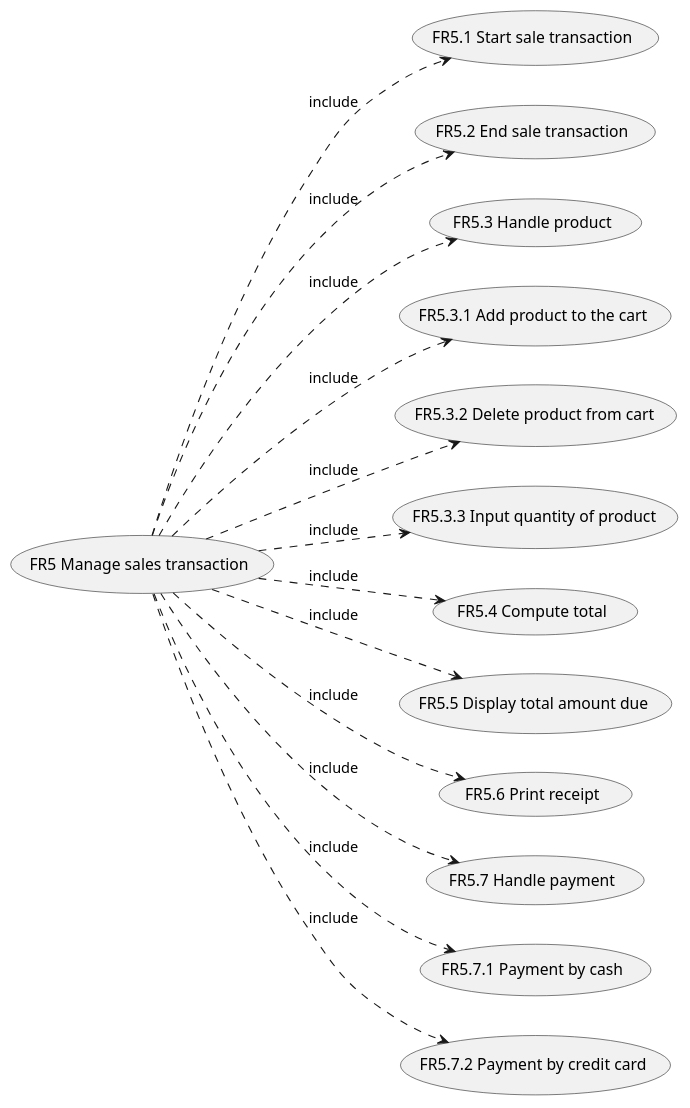
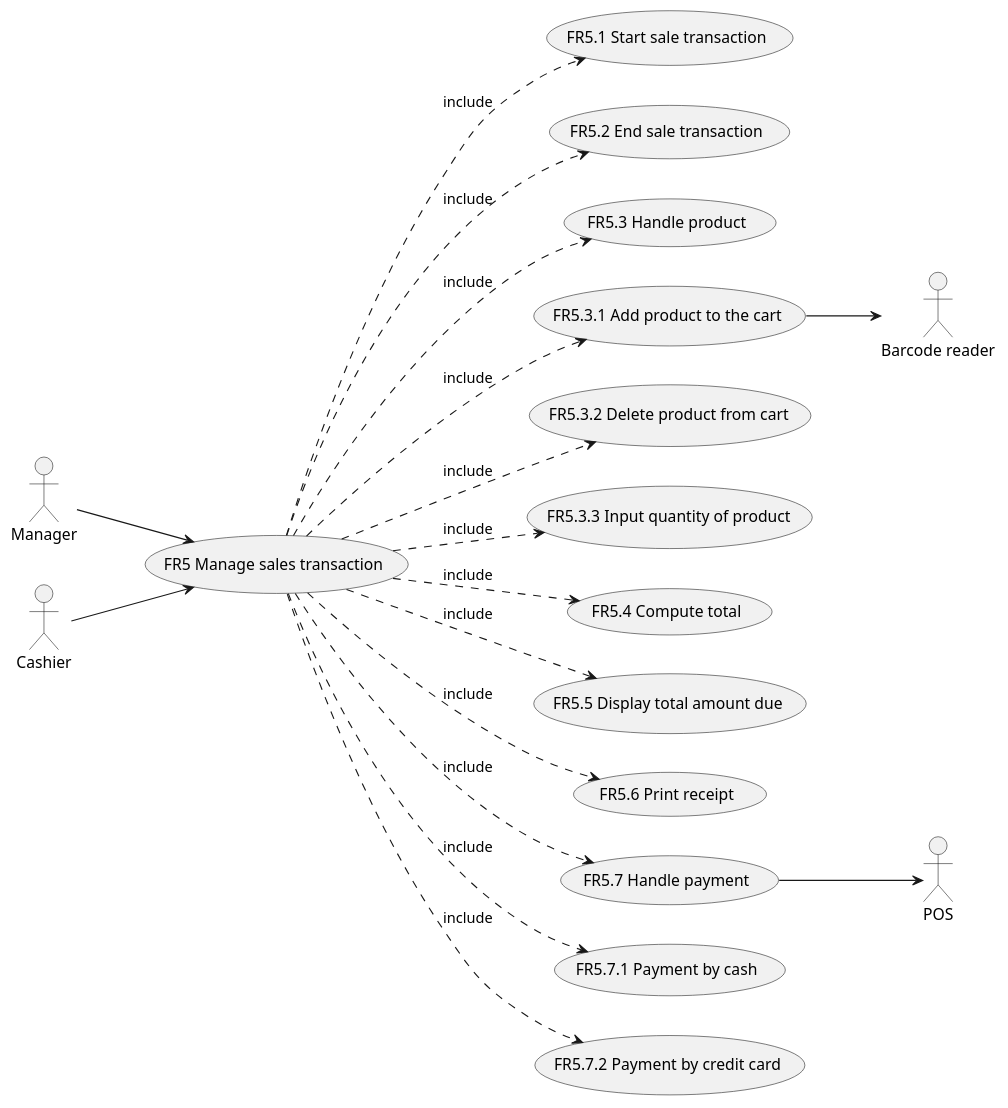
Before and after one commit to giuseppesalvi/ezshop: the fifth of 6 diagrams in Deliverables/RequirementsDocument.md, drawn with PlantUML. The commit also changed other lines of this file, not shown here.

Commit message:
Update RequirementsDocument.md added actors to in detail use case diagram

````diff
--- a/Deliverables/RequirementsDocument.md
+++ b/Deliverables/RequirementsDocument.md
@@ -233,15 +249,20 @@
 ```plantuml
 left to right direction
 (FR5 Manage sales transaction) .down.> (FR5.1 Start sale transaction) :include
 (FR5 Manage sales transaction) .down.> (FR5.2 End sale transaction) :include
 (FR5 Manage sales transaction) .down.> (FR5.3 Handle product) :include
 (FR5 Manage sales transaction) .down.> (FR5.3.1 Add product to the cart) :include
 (FR5 Manage sales transaction) .down.> (FR5.3.2 Delete product from cart) :include
 (FR5 Manage sales transaction) .down.> (FR5.3.3 Input quantity of product) :include
 (FR5 Manage sales transaction) .down.> (FR5.4 Compute total) :include
 (FR5 Manage sales transaction) .down.> (FR5.5 Display total amount due) :include
 (FR5 Manage sales transaction) .down.> (FR5.6 Print receipt) :include
 (FR5 Manage sales transaction) .down.> (FR5.7 Handle payment) :include
 (FR5 Manage sales transaction) .down.> (FR5.7.1 Payment by cash) :include
 (FR5 Manage sales transaction) .down.> (FR5.7.2 Payment by credit card) :include
+
+:Manager: --> (FR5 Manage sales transaction)
+:Cashier: --> (FR5 Manage sales transaction)
+(FR5.3.1 Add product to the cart) --> :Barcode reader:
+(FR5.7 Handle payment) --> :POS:
 ```
````
